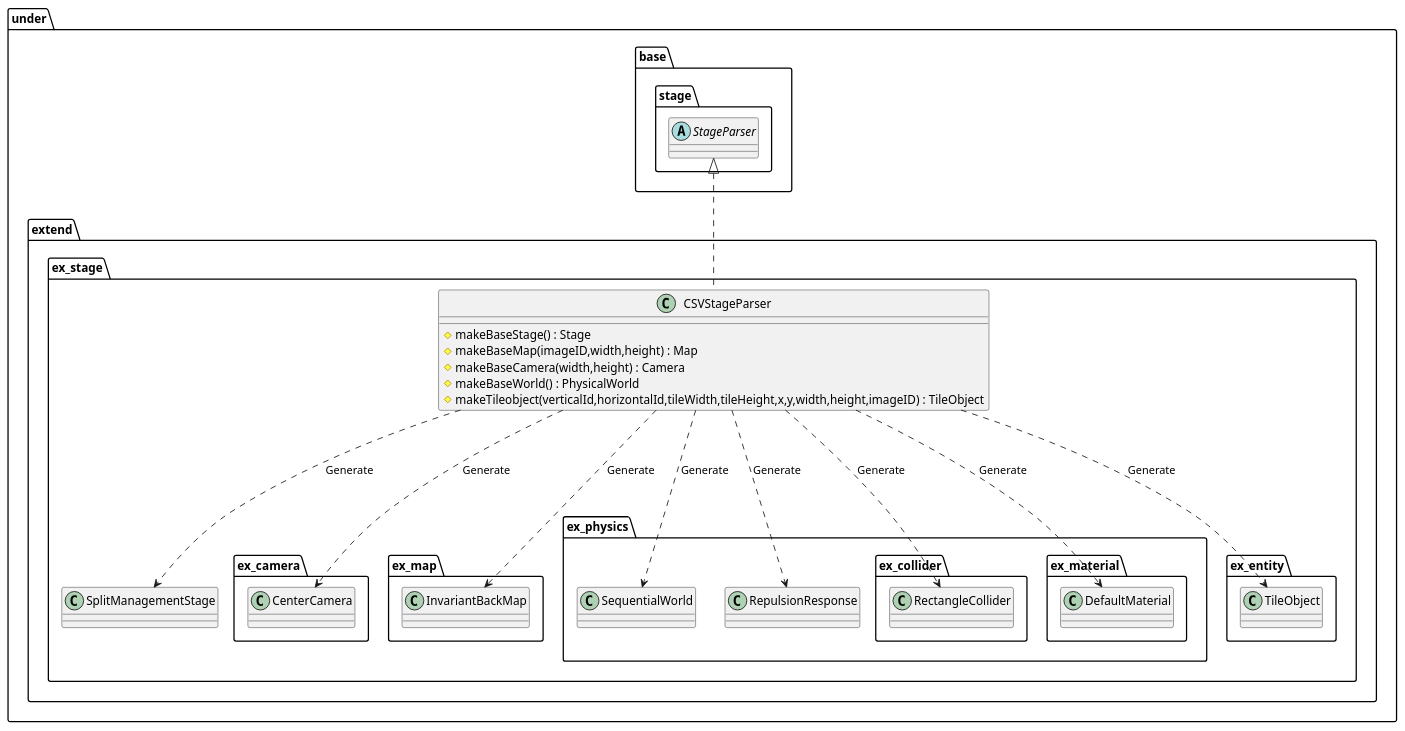
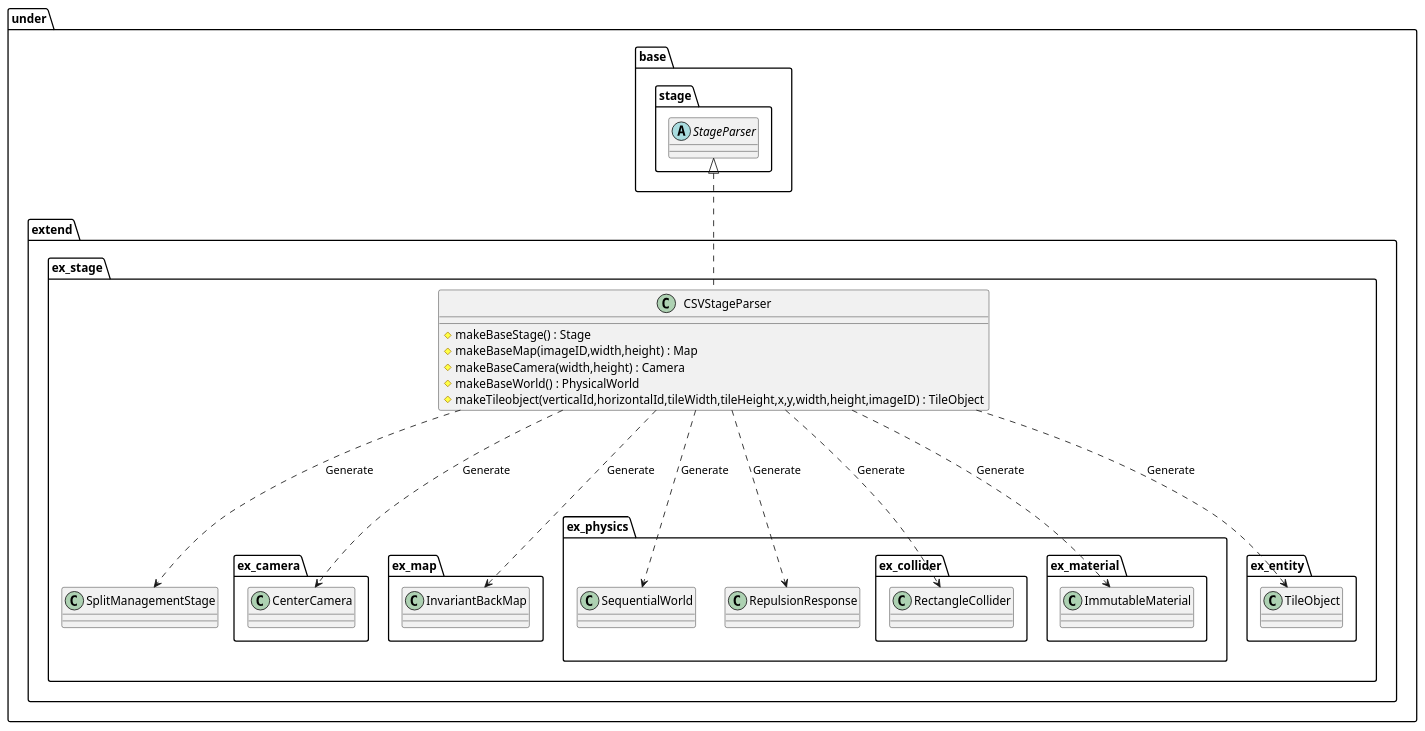
The diagram in uml/parser/CSV.wsd (Expine/Under), drawn with PlantUML before and after one commit. The commit also changed 45 other files, not shown here.

```diff
--- a/uml/parser/CSV.wsd
+++ b/uml/parser/CSV.wsd
@@ -1,60 +1,60 @@
 @startuml ParserCSV
 
 package under {
     package extend {
         package ex_stage {
             class CSVStageParser {
                 #makeBaseStage() : Stage
                 #makeBaseMap(imageID,width,height) : Map
                 #makeBaseCamera(width,height) : Camera
                 #makeBaseWorld() : PhysicalWorld
                 #makeTileobject(verticalId,horizontalId,tileWidth,tileHeight,x,y,width,height,imageID) : TileObject
             }
         }
     }
 }
 
 package under {
     package base {
         package stage {
             abstract StageParser
         }
     }
     package extend {
         package ex_stage {
             class SplitManagementStage
             package ex_camera {
                 class CenterCamera
             }
             package ex_map {
                 class InvariantBackMap
             }
             package ex_physics {
                 class SequentialWorld
                 class RepulsionResponse
                 package ex_collider {
                     class RectangleCollider
                 }
                 package ex_material {
-                    class DefaultMaterial
+                    class ImmutableMaterial
                 }
             }
             package ex_entity {
                 class TileObject
             }
         }
     }
 }
 
 CSVStageParser ...> SplitManagementStage : Generate
 CSVStageParser ...> CenterCamera : Generate
 CSVStageParser ...> InvariantBackMap : Generate
 CSVStageParser ...> SequentialWorld : Generate
 CSVStageParser ...> RepulsionResponse : Generate
 CSVStageParser ...> TileObject : Generate
 CSVStageParser ...> RectangleCollider : Generate
-CSVStageParser ...> DefaultMaterial : Generate
+CSVStageParser ...> ImmutableMaterial : Generate
 
 StageParser <|.. CSVStageParser
 
 @enduml
```
